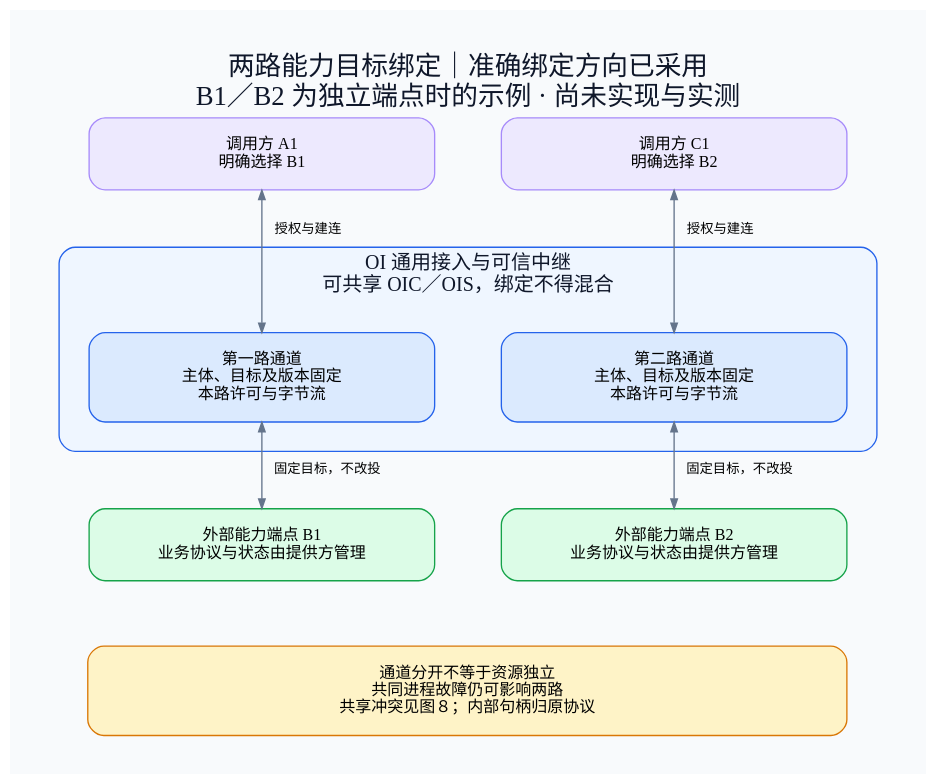
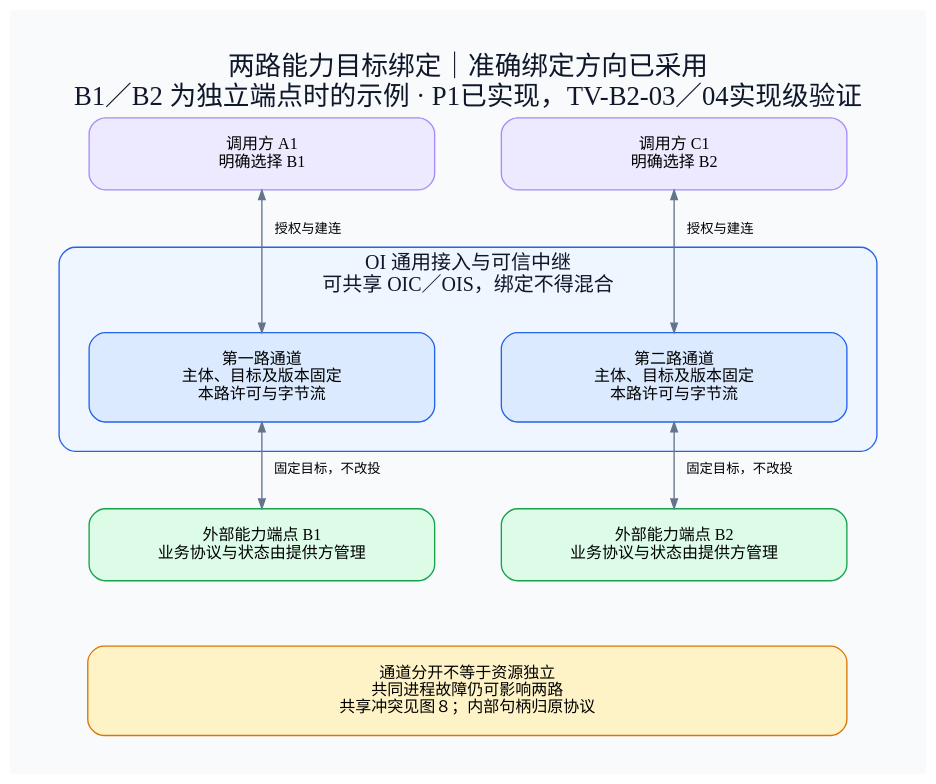
The diagram in docs/architecture/diagrams/v0.7/09-target-binding.dot (wyw-ai/loom-oi), drawn with Graphviz before and after one commit. The commit also changed 49 other files, not shown here.

```diff
--- a/docs/architecture/diagrams/v0.7/09-target-binding.dot
+++ b/docs/architecture/diagrams/v0.7/09-target-binding.dot
@@ -1,21 +1,21 @@
 digraph binding {
- graph [rankdir=TB, newrank=true, bgcolor="#F8FAFC", pad=0.4, nodesep=0.7, ranksep=0.65, fontname="Noto Sans SC", label="两路能力目标绑定｜准确绑定方向已采用\nB1／B2 为独立端点时的示例 · 尚未实现与实测", labelloc=t, fontsize=20, fontcolor="#0F172A"];
+ graph [rankdir=TB, newrank=true, bgcolor="#F8FAFC", pad=0.4, nodesep=0.7, ranksep=0.65, fontname="Noto Sans SC", label="两路能力目标绑定｜准确绑定方向已采用\nB1／B2 为独立端点时的示例 · P1已实现，TV-B2-03／04实现级验证", labelloc=t, fontsize=20, fontcolor="#0F172A"];
  node [shape=box, style="rounded,filled", fontname="Noto Sans SC", fontsize=12, color="#94A3B8", fillcolor="white", margin="0.3,0.2", width=3.6];
  edge [fontname="Noto Sans SC", fontsize=10, color="#64748B", arrowsize=0.7];
  a [label="调用方 A1\n明确选择 B1", fillcolor="#EDE9FE", color="#A78BFA"];
  c [label="调用方 C1\n明确选择 B2", fillcolor="#EDE9FE", color="#A78BFA"];
  subgraph cluster_oi {
   label="OI 通用接入与可信中继\n可共享 OIC／OIS，绑定不得混合"; fontsize=15; color="#2563EB"; style="rounded"; bgcolor="#EFF6FF"; margin=22;
   x [label="第一路通道\n主体、目标及版本固定\n本路许可与字节流", fillcolor="#DBEAFE", color="#2563EB"];
   y [label="第二路通道\n主体、目标及版本固定\n本路许可与字节流", fillcolor="#DBEAFE", color="#2563EB"];
  }
  b1 [label="外部能力端点 B1\n业务协议与状态由提供方管理", fillcolor="#DCFCE7", color="#16A34A"];
  b2 [label="外部能力端点 B2\n业务协议与状态由提供方管理", fillcolor="#DCFCE7", color="#16A34A"];
  limits [label="通道分开不等于资源独立\n共同进程故障仍可影响两路\n共享冲突见图８；内部句柄归原协议", width=7.9, fillcolor="#FEF3C7", color="#D97706"];
  a -> x [dir=both,label="　授权与建连　"];
  c -> y [dir=both,label="　授权与建连　"];
  x -> b1 [dir=both,label="　固定目标，不改投　"];
  y -> b2 [dir=both,label="　固定目标，不改投　"];
  {rank=same;a;c;} {rank=same;x;y;} {rank=same;b1;b2;}
  b1 -> limits [style=invis]; b2 -> limits [style=invis];
 }
```
